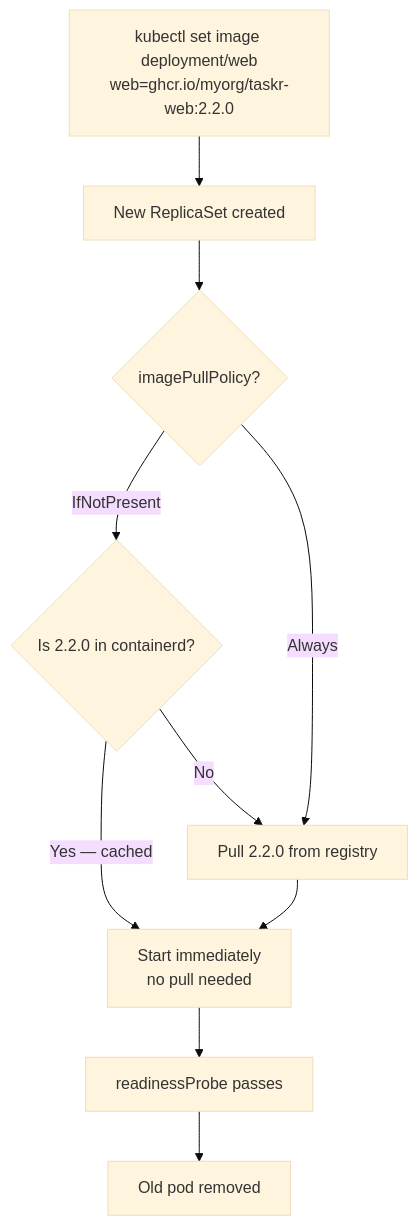
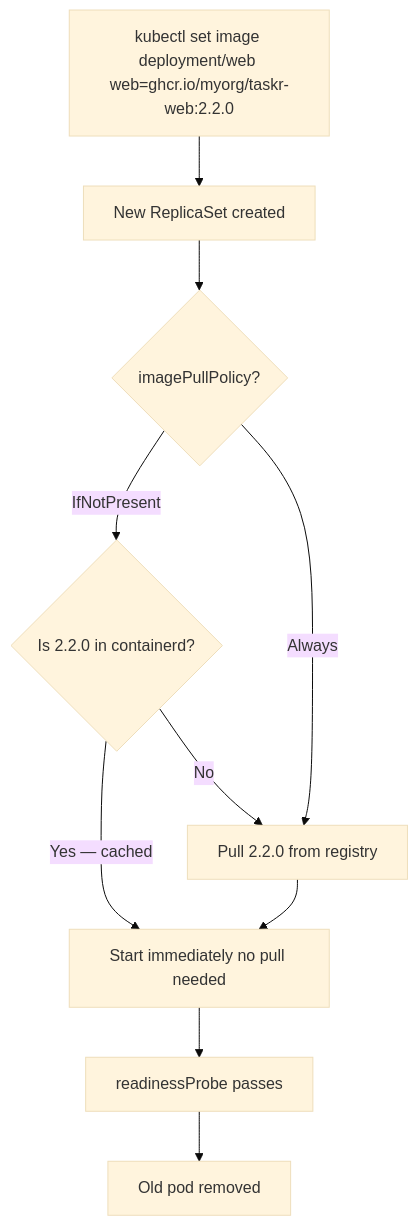
Before and after one commit to UncleJS/course_k3s: the fifth of 7 diagrams in 16_podman_to_k3s/03_images_and_registries.md, drawn with Mermaid (base theme). The commit also changed other lines of this file and 57 other files, not shown here.

````diff
--- a/16_podman_to_k3s/03_images_and_registries.md
+++ b/16_podman_to_k3s/03_images_and_registries.md
@@ -590,12 +590,12 @@
 ```mermaid
 flowchart TD
-    A[kubectl set image deployment/web\nweb=ghcr.io/myorg/taskr-web:2.2.0] --> B[New ReplicaSet created]
+    A[kubectl set image deployment/web web=ghcr.io/myorg/taskr-web:2.2.0] --> B[New ReplicaSet created]
     B --> C{imagePullPolicy?}
     C -->|IfNotPresent| D{Is 2.2.0 in containerd?}
-    D -->|Yes — cached| E[Start immediately\nno pull needed]
+    D -->|Yes — cached| E[Start immediately no pull needed]
     D -->|No| F[Pull 2.2.0 from registry]
     F --> E
     C -->|Always| F
     E --> G[readinessProbe passes]
     G --> H[Old pod removed]
 ```
````
